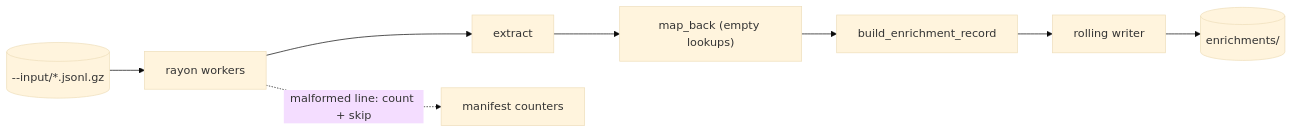
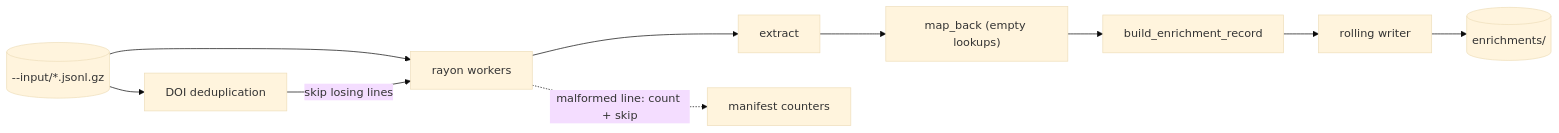
The third of 5 diagrams in docs/architecture.md (cometadata/comet-enrich), drawn with Mermaid (base theme) before and after one commit. The commit also changed other lines of this file and 50 other files, not shown here.

````diff
--- a/docs/architecture.md
+++ b/docs/architecture.md
@@ -90,10 +110,12 @@
 ```mermaid
 flowchart LR
-    input[("--input/*.jsonl.gz")] --> scan["rayon workers"]
+    input[("--input/*.jsonl.gz")] --> select["DOI deduplication"]
+    input --> scan["rayon workers"]
+    select -->|skip losing lines| scan
     scan --> extract["extract"]
     extract --> mapback["map_back (empty lookups)"]
     mapback --> build["build_enrichment_record"]
     build --> writer["rolling writer"]
     writer --> parts[("enrichments/")]
     scan -.->|"malformed line: count + skip"| counters["manifest counters"]
 ```
````
